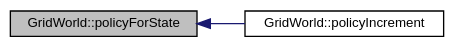
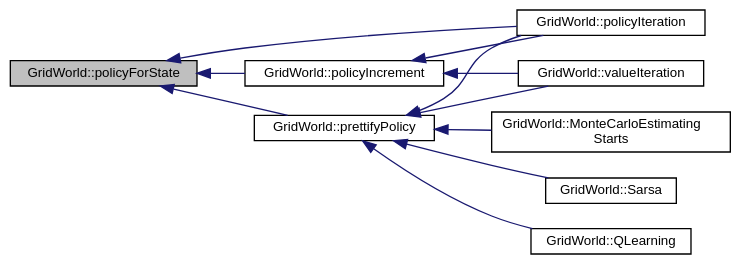
Before and after one commit to douglasrizzo/machine_learning: the diagram in docs/classGridWorld_a483bf6d05d61a8e14f0fab04273d8593_icgraph.dot, drawn with Graphviz. The commit also changed 393 other files, not shown here.

```diff
--- a/docs/classGridWorld_a483bf6d05d61a8e14f0fab04273d8593_icgraph.dot
+++ b/docs/classGridWorld_a483bf6d05d61a8e14f0fab04273d8593_icgraph.dot
@@ -1,10 +1,25 @@
 digraph "GridWorld::policyForState"
 {
   bgcolor="transparent";
   edge [fontname="Helvetica",fontsize="10",labelfontname="Helvetica",labelfontsize="10"];
   node [fontname="Helvetica",fontsize="10",shape=record];
   rankdir="LR";
-  Node81 [label="GridWorld::policyForState",height=0.2,width=0.4,color="black", fillcolor="grey75", style="filled", fontcolor="black"];
-  Node81 -> Node82 [dir="back",color="midnightblue",fontsize="10",style="solid",fontname="Helvetica"];
-  Node82 [label="GridWorld::policyIncrement",height=0.2,width=0.4,color="black",URL="$classGridWorld.html#a5b720f7017beff840503f77c25da2586",tooltip="Creates a new policy for a given state giving preference to the actions with maximum value..."];
+  Node144 [label="GridWorld::policyForState",height=0.2,width=0.4,color="black", fillcolor="grey75", style="filled", fontcolor="black"];
+  Node144 -> Node145 [dir="back",color="midnightblue",fontsize="10",style="solid",fontname="Helvetica"];
+  Node145 [label="GridWorld::policyIncrement",height=0.2,width=0.4,color="black",URL="$classGridWorld.html#a5b720f7017beff840503f77c25da2586",tooltip="Creates a new policy for a given state giving preference to the actions with maximum value..."];
+  Node145 -> Node146 [dir="back",color="midnightblue",fontsize="10",style="solid",fontname="Helvetica"];
+  Node146 [label="GridWorld::policyIteration",height=0.2,width=0.4,color="black",URL="$classGridWorld.html#add6d00c0d2eec4d16706a19b0527bba5",tooltip="Policy iteration method. "];
+  Node145 -> Node147 [dir="back",color="midnightblue",fontsize="10",style="solid",fontname="Helvetica"];
+  Node147 [label="GridWorld::valueIteration",height=0.2,width=0.4,color="black",URL="$classGridWorld.html#a0d5cada9fc611efc747722223c97e8e5",tooltip="Value iteration method. "];
+  Node144 -> Node148 [dir="back",color="midnightblue",fontsize="10",style="solid",fontname="Helvetica"];
+  Node148 [label="GridWorld::prettifyPolicy",height=0.2,width=0.4,color="black",URL="$classGridWorld.html#a9dfe466eee829e7d1b8315b789078be9"];
+  Node148 -> Node146 [dir="back",color="midnightblue",fontsize="10",style="solid",fontname="Helvetica"];
+  Node148 -> Node147 [dir="back",color="midnightblue",fontsize="10",style="solid",fontname="Helvetica"];
+  Node148 -> Node149 [dir="back",color="midnightblue",fontsize="10",style="solid",fontname="Helvetica"];
+  Node149 [label="GridWorld::MonteCarloEstimating\lStarts",height=0.2,width=0.4,color="black",URL="$classGridWorld.html#a03586ebfa410ea0617103c70ce5b08cb",tooltip="Monte Carlo Estimating Starts algorithm for finding an optimal policy. "];
+  Node148 -> Node150 [dir="back",color="midnightblue",fontsize="10",style="solid",fontname="Helvetica"];
+  Node150 [label="GridWorld::Sarsa",height=0.2,width=0.4,color="black",URL="$classGridWorld.html#ad1c7b6d4e864ef8e8aca9163c2d8cd86",tooltip="Temporal difference method for finding the optimal policy using SARSA. "];
+  Node148 -> Node151 [dir="back",color="midnightblue",fontsize="10",style="solid",fontname="Helvetica"];
+  Node151 [label="GridWorld::QLearning",height=0.2,width=0.4,color="black",URL="$classGridWorld.html#abdbd7b78344fe0db7dbdd4f55d8ace70",tooltip="Temporal difference method for finding the optimal policy using Q-Learning. "];
+  Node144 -> Node146 [dir="back",color="midnightblue",fontsize="10",style="solid",fontname="Helvetica"];
 }
```
